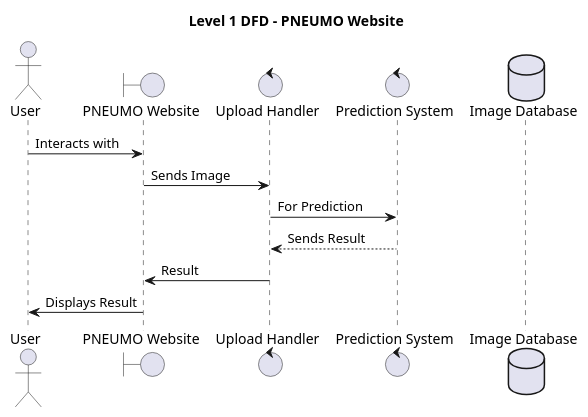
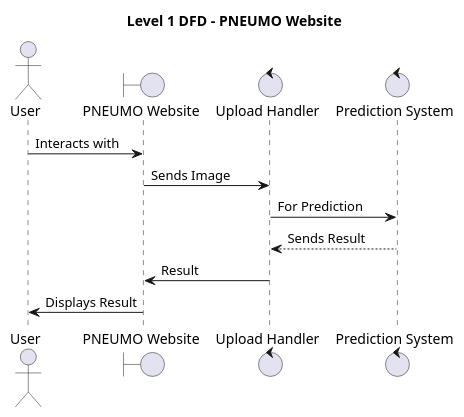
Before and after one commit to Abhiram-P-Ashok/Pneumo-tfjs: the diagram in dfd1.puml, drawn with PlantUML. The commit also changed 11226 other files, not shown here.

```diff
--- a/dfd1.puml
+++ b/dfd1.puml
@@ -1,18 +1,18 @@
 @startuml dfd1
 
 title Level 1 DFD - PNEUMO Website
 
 actor User as User
 boundary "PNEUMO Website" as Website
 control "Upload Handler" as UploadHandler
 control "Prediction System" as PredictionSystem
-database "Image Database" as ImageDB
+
 
 User -> Website : Interacts with
 Website -> UploadHandler : Sends Image
 UploadHandler -> PredictionSystem : For Prediction
 PredictionSystem --> UploadHandler : Sends Result
 UploadHandler -> Website : Result
 Website -> User : Displays Result
 
 @enduml
```
